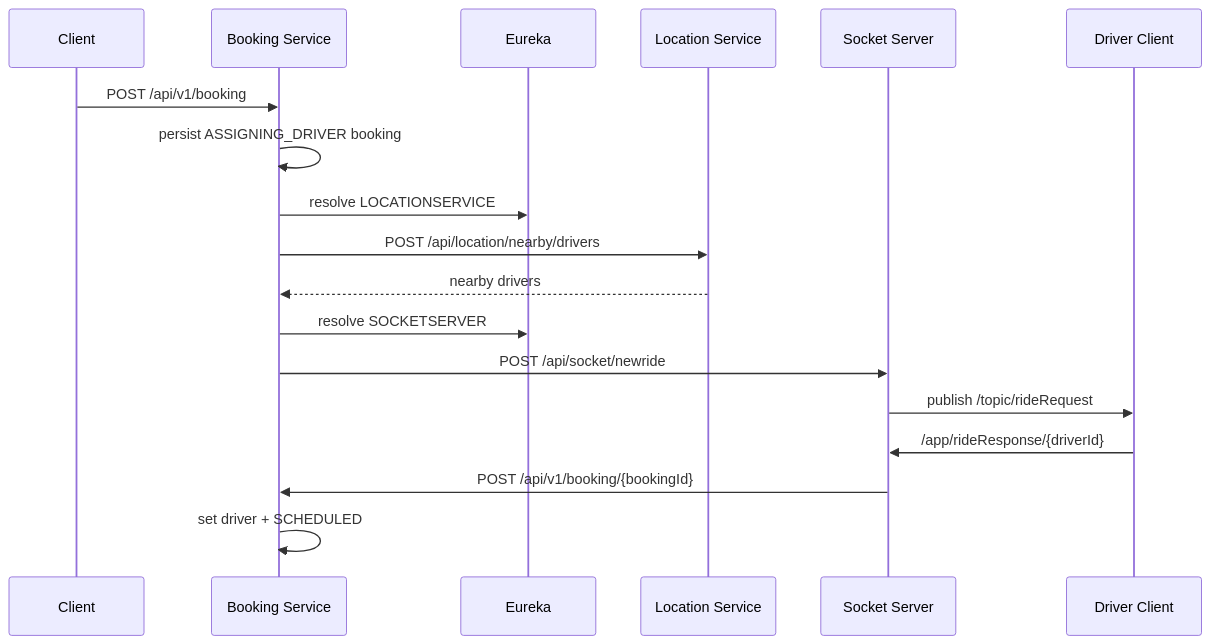
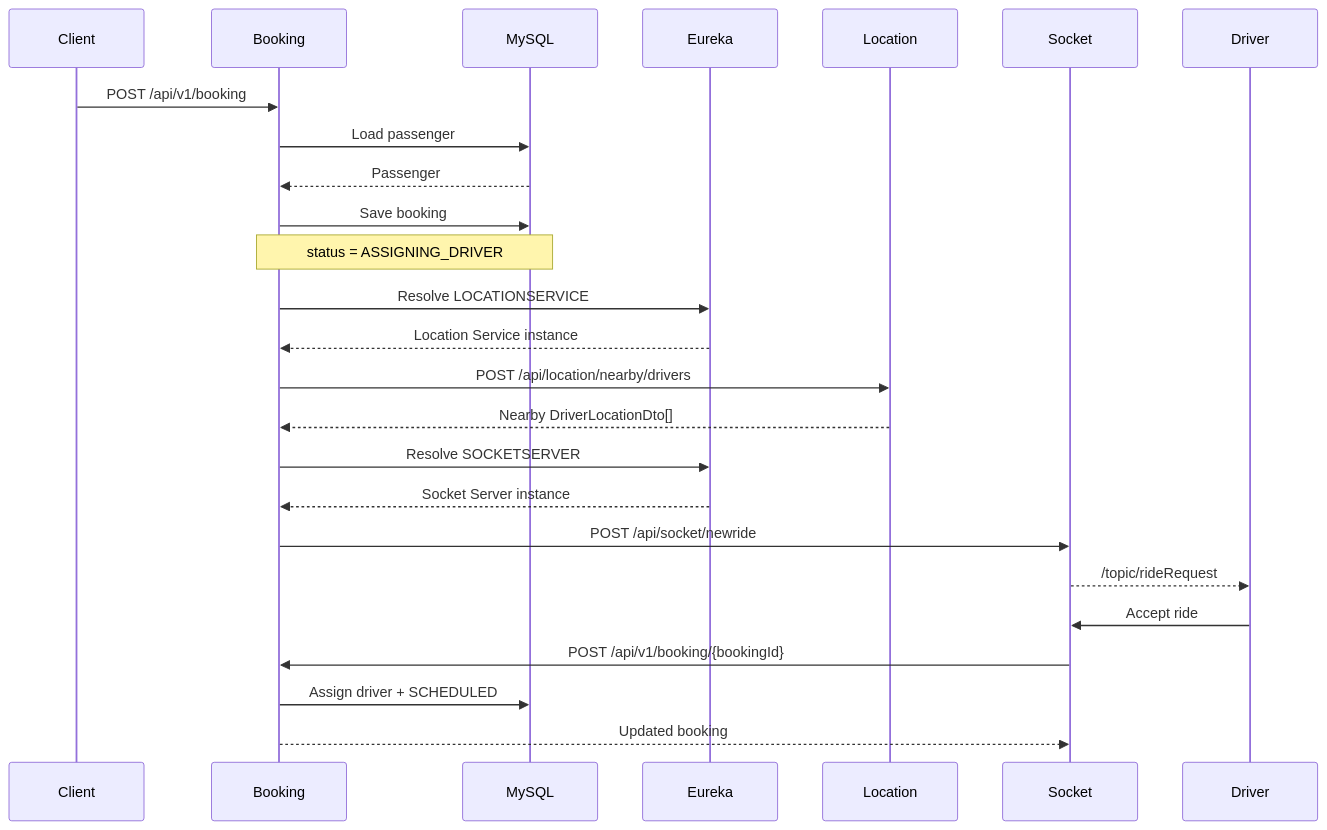
Before and after one commit to Abhilash-Panja/Booking-Service: the second of 2 diagrams in README.md, drawn with Mermaid. The commit also changed other lines of this file, not shown here.

First line of the commit message:
Revise README for improved service documentation

````diff
--- a/README.md
+++ b/README.md
@@ -20,21 +92,36 @@
-```mermaid
+```mermaid id="40v627"
 sequenceDiagram
-    participant C as Client
-    participant B as Booking Service
-    participant E as Eureka
-    participant L as Location Service
-    participant S as Socket Server
-    participant D as Driver Client
+    participant Client
+    participant Booking
+    participant DB as MySQL
+    participant Eureka
+    participant Location
+    participant Socket
+    participant Driver
 
-    C->>B: POST /api/v1/booking
-    B->>B: persist ASSIGNING_DRIVER booking
-    B->>E: resolve LOCATIONSERVICE
-    B->>L: POST /api/location/nearby/drivers
-    L-->>B: nearby drivers
-    B->>E: resolve SOCKETSERVER
-    B->>S: POST /api/socket/newride
-    S->>D: publish /topic/rideRequest
-    D->>S: /app/rideResponse/{driverId}
-    S->>B: POST /api/v1/booking/{bookingId}
-    B->>B: set driver + SCHEDULED
+    Client->>Booking: POST /api/v1/booking
+
+    Booking->>DB: Load passenger
+    DB-->>Booking: Passenger
+
+    Booking->>DB: Save booking
+    Note over Booking,DB: status = ASSIGNING_DRIVER
+
+    Booking->>Eureka: Resolve LOCATIONSERVICE
+    Eureka-->>Booking: Location Service instance
+
+    Booking->>Location: POST /api/location/nearby/drivers
+    Location-->>Booking: Nearby DriverLocationDto[]
+
+    Booking->>Eureka: Resolve SOCKETSERVER
+    Eureka-->>Booking: Socket Server instance
+
+    Booking->>Socket: POST /api/socket/newride
+    Socket-->>Driver: /topic/rideRequest
+
+    Driver->>Socket: Accept ride
+    Socket->>Booking: POST /api/v1/booking/{bookingId}
+
+    Booking->>DB: Assign driver + SCHEDULED
+    Booking-->>Socket: Updated booking
 ```
````
